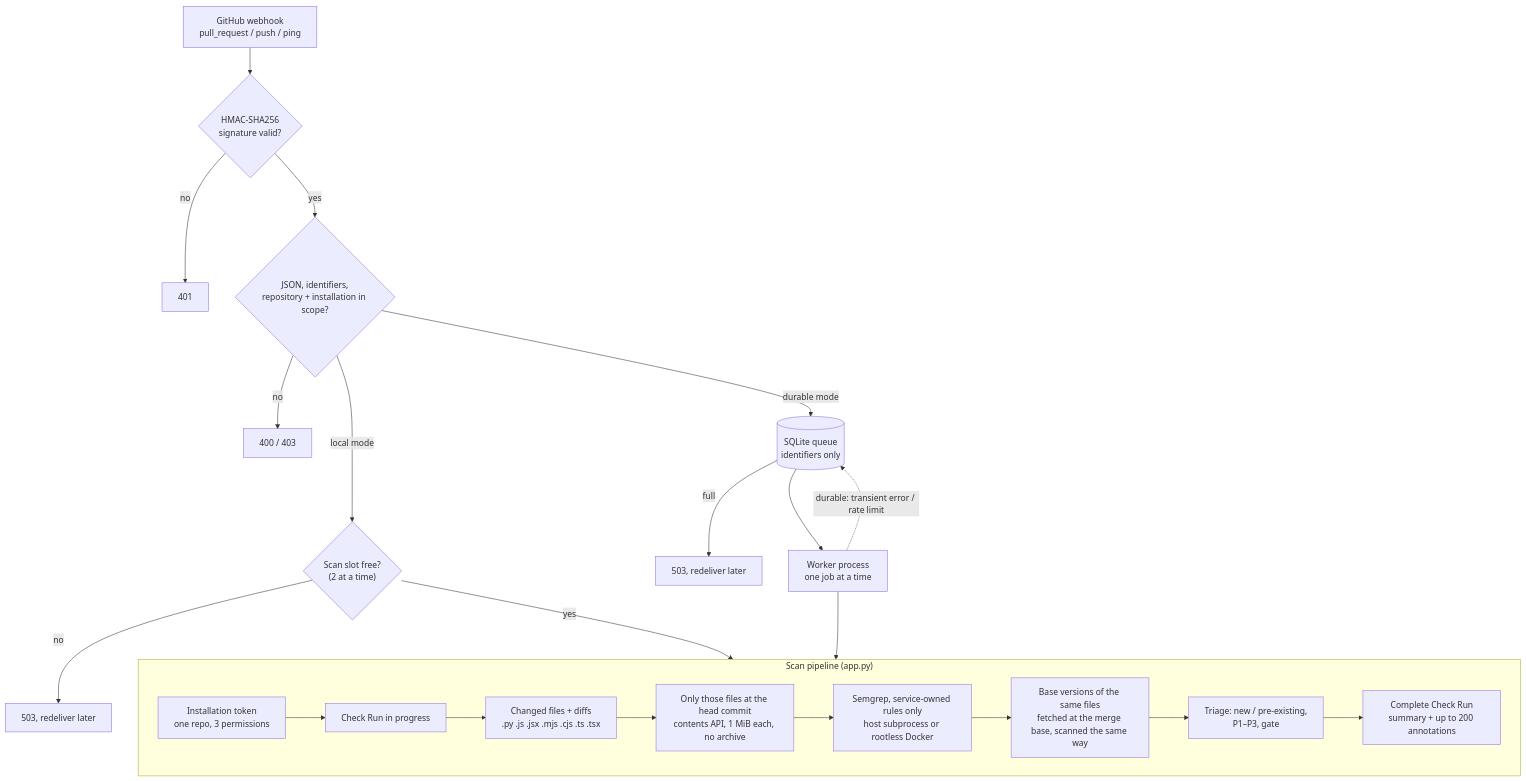
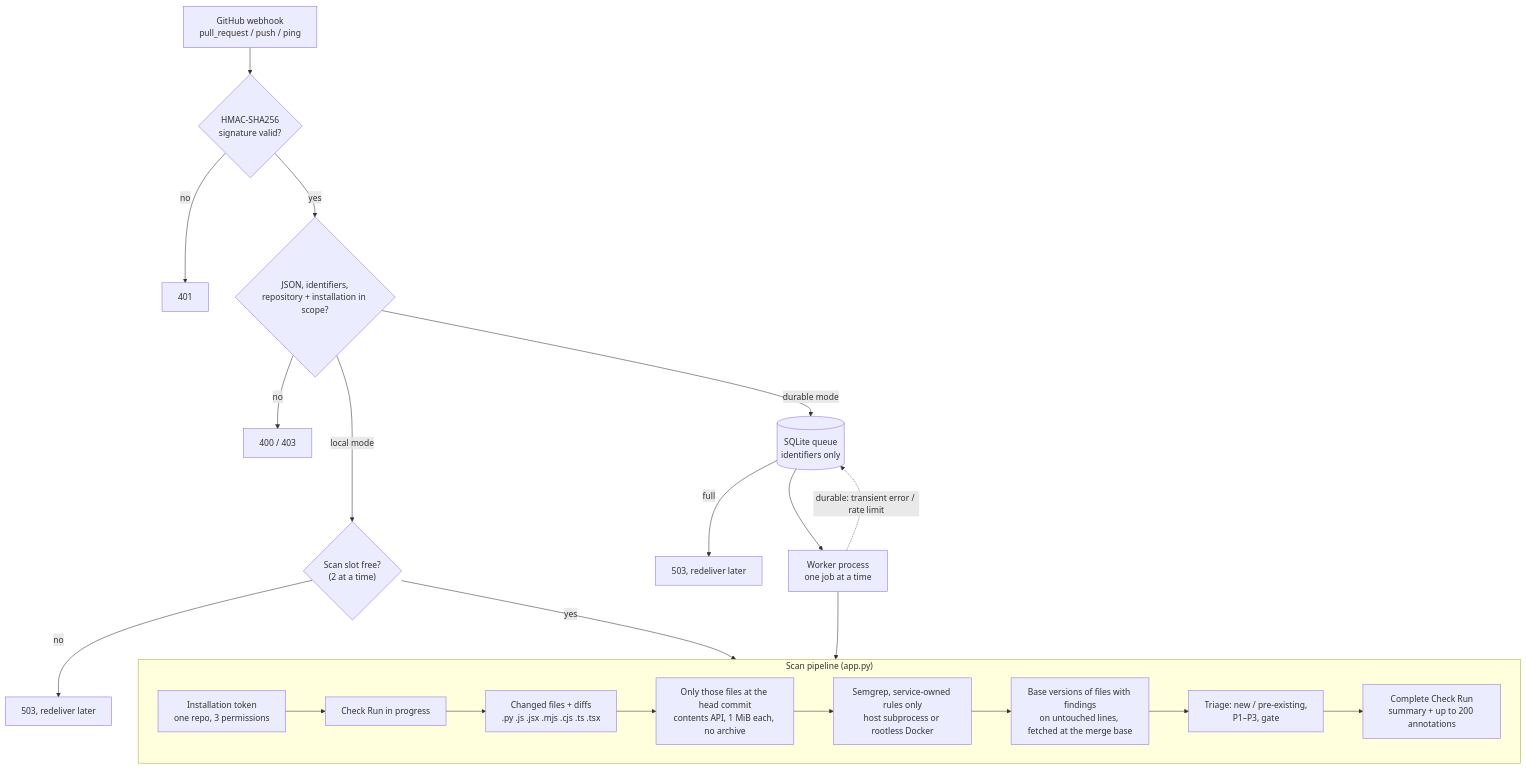
Before and after one commit to lansiquo/sast-triage: the diagram in ARCHITECTURE.md, drawn with Mermaid. The commit also changed 8 other files, not shown here.

First line of the commit message:
Scan a base version only when a finding on untouched lines needs it

````diff
--- a/ARCHITECTURE.md
+++ b/ARCHITECTURE.md
@@ -5,24 +5,24 @@
 ```mermaid
 flowchart TD
     GH["GitHub webhook<br/>pull_request / push / ping"] --> SIG{"HMAC-SHA256<br/>signature valid?"}
     SIG -- no --> R401["401"]
     SIG -- yes --> VAL{"JSON, identifiers,<br/>repository + installation in scope?"}
     VAL -- no --> R4xx["400 / 403"]
     VAL -- "local mode" --> SLOT{"Scan slot free?<br/>(2 at a time)"}
     SLOT -- no --> R503a["503, redeliver later"]
     SLOT -- yes --> SCAN
     VAL -- "durable mode" --> Q[("SQLite queue<br/>identifiers only")]
     Q -- full --> R503b["503, redeliver later"]
     Q --> W["Worker process<br/>one job at a time"]
     W --> SCAN
     subgraph SCAN["Scan pipeline (app.py)"]
         TOK["Installation token<br/>one repo, 3 permissions"] --> CHK["Check Run in progress"]
         CHK --> FILES["Changed files + diffs<br/>.py .js .jsx .mjs .cjs .ts .tsx"]
         FILES --> FETCH["Only those files at the head commit<br/>contents API, 1 MiB each, no archive"]
         FETCH --> SG["Semgrep, service-owned rules only<br/>host subprocess or rootless Docker"]
-        SG --> BASE["Base versions of the same files<br/>fetched at the merge base, scanned the same way"]
+        SG --> BASE["Base versions of files with findings<br/>on untouched lines, fetched at the merge base"]
         BASE --> TRI["Triage: new / pre-existing,<br/>P1–P3, gate"]
         TRI --> ANN["Complete Check Run<br/>summary + up to 200 annotations"]
     end
     W -. "durable: transient error / rate limit" .-> Q
 ```
````
